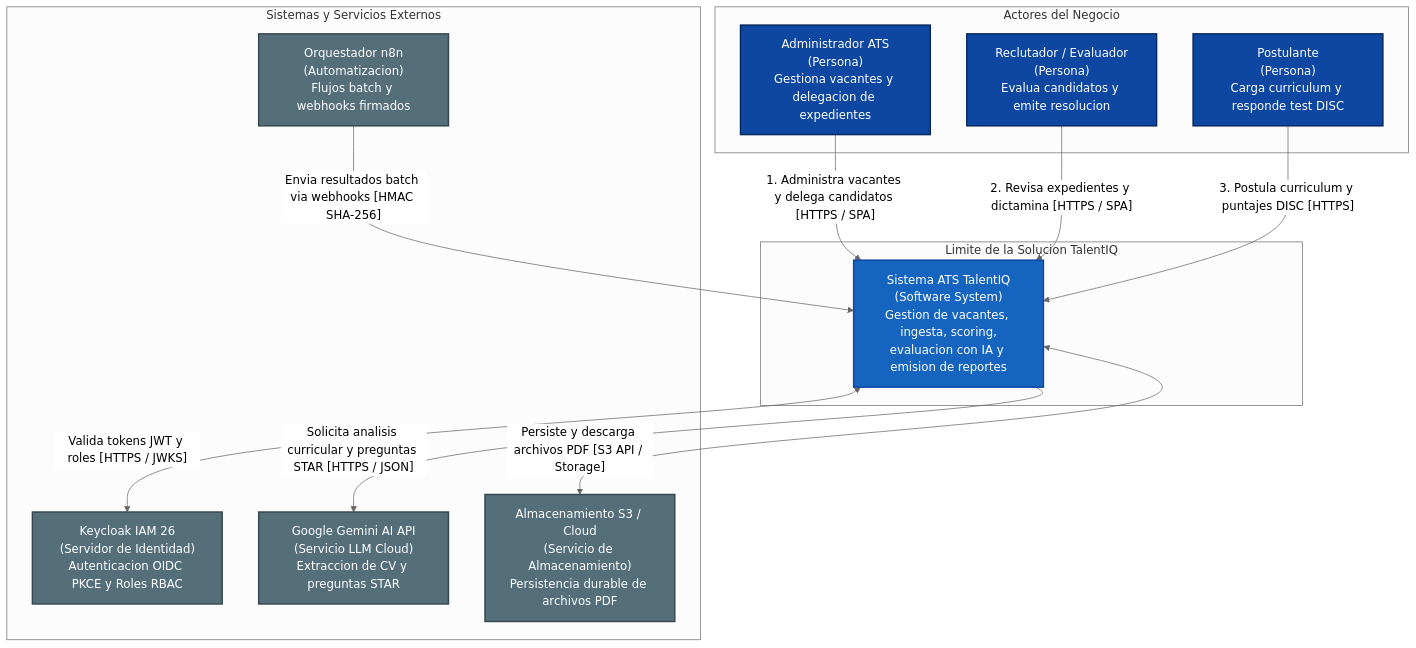
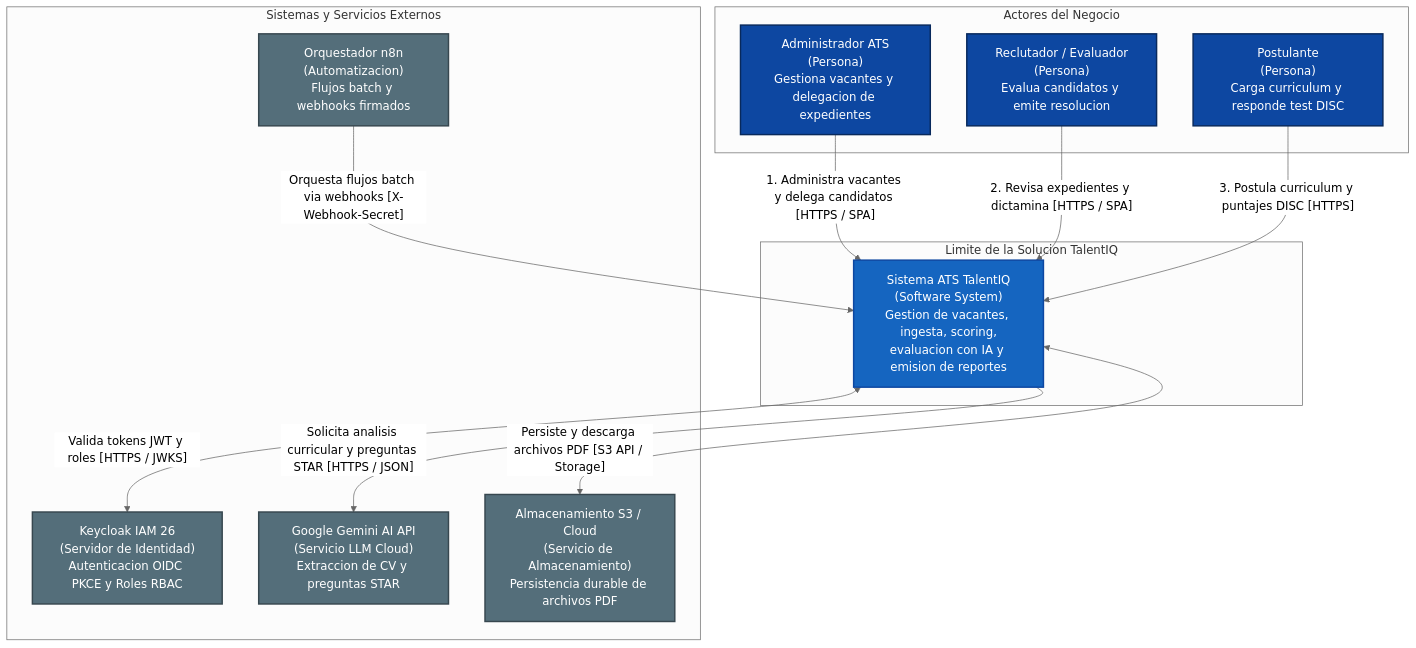
One commit to JspaNexo/azure-ats changed the first of 7 diagrams in docs/DOCUMENTACION_TECNICA.md. Above: the diagram before and after it, drawn with Mermaid (neutral theme). The commit also changed other lines of this file and 2 other files, not shown here.

````diff
--- a/docs/DOCUMENTACION_TECNICA.md
+++ b/docs/DOCUMENTACION_TECNICA.md
@@ -112,32 +112,32 @@
 ```mermaid
 flowchart TD
     classDef person fill:#0d47a1,stroke:#08295c,color:#ffffff,stroke-width:2px;
     classDef system fill:#1565c0,stroke:#0d47a1,color:#ffffff,stroke-width:2px;
     classDef external fill:#546e7a,stroke:#37474f,color:#ffffff,stroke-width:2px;
 
     subgraph Actores ["Actores del Negocio"]
         Admin["Administrador ATS<br/>(Persona)<br/>Gestiona vacantes y delegacion de expedientes"]:::person
         Recruiter["Reclutador / Evaluador<br/>(Persona)<br/>Evalua candidatos y emite resolucion"]:::person
         Candidate["Postulante<br/>(Persona)<br/>Carga curriculum y responde test DISC"]:::person
     end
 
     subgraph CoreSystem ["Limite de la Solucion TalentIQ"]
         ATS["Sistema ATS TalentIQ<br/>(Software System)<br/>Gestion de vacantes, ingesta, scoring,<br/>evaluacion con IA y emision de reportes"]:::system
     end
 
     subgraph Integraciones ["Sistemas y Servicios Externos"]
         Keycloak["Keycloak IAM 26<br/>(Servidor de Identidad)<br/>Autenticacion OIDC PKCE y Roles RBAC"]:::external
         Gemini["Google Gemini AI API<br/>(Servicio LLM Cloud)<br/>Extraccion de CV y preguntas STAR"]:::external
         N8N["Orquestador n8n<br/>(Automatizacion)<br/>Flujos batch y webhooks firmados"]:::external
         S3Storage["Almacenamiento S3 / Cloud<br/>(Servicio de Almacenamiento)<br/>Persistencia durable de archivos PDF"]:::external
     end
 
     Admin -->|"1. Administra vacantes y delega candidatos [HTTPS / SPA]"| ATS
     Recruiter -->|"2. Revisa expedientes y dictamina [HTTPS / SPA]"| ATS
     Candidate -->|"3. Postula curriculum y puntajes DISC [HTTPS]"| ATS
 
     ATS <-->|"Valida tokens JWT y roles [HTTPS / JWKS]"| Keycloak
     ATS -->|"Solicita analisis curricular y preguntas STAR [HTTPS / JSON]"| Gemini
     ATS <-->|"Persiste y descarga archivos PDF [S3 API / Storage]"| S3Storage
-    N8N -->|"Envia resultados batch via webhooks [HMAC SHA-256]"| ATS
+    N8N -->|"Orquesta flujos batch via webhooks [X-Webhook-Secret]"| ATS
 ```
````
